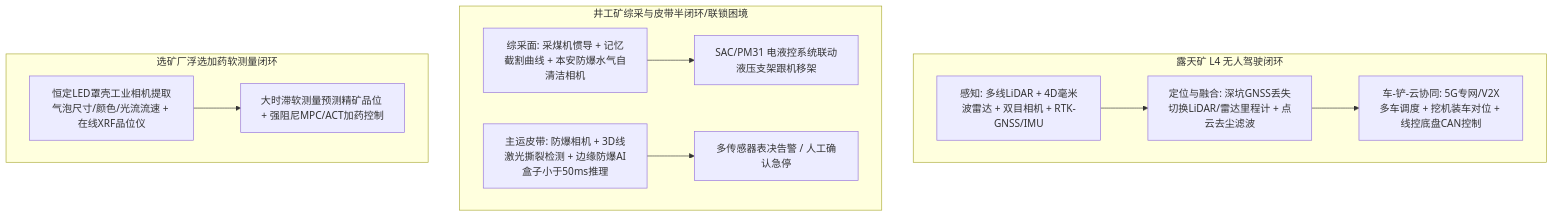
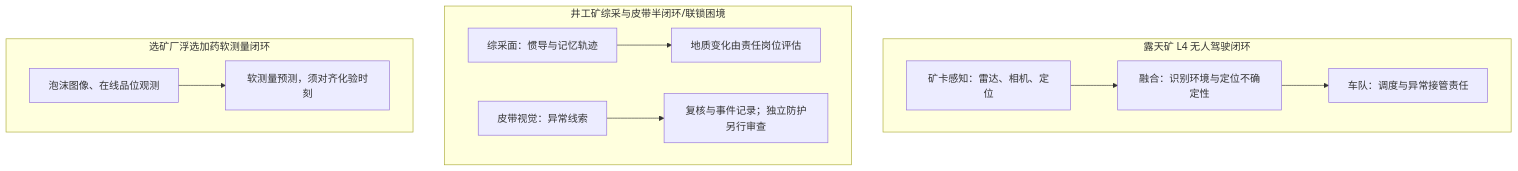
One commit to fangd123/knowledge-wiki changed the second of 2 diagrams in content/算力与产业研究/实体产业AI应用深度调研/01-第一产业与资源工程_AI_应用深度调研：技术栈、开闭环边界与深水区踩坑尸检.md. Above: the diagram before and after it, drawn with Mermaid. The commit also changed other lines of this file and 26 other files, not shown here.

````diff
--- a/content/算力与产业研究/实体产业AI应用深度调研/01-第一产业与资源工程_AI_应用深度调研：技术栈、开闭环边界与深水区踩坑尸检.md
+++ b/content/算力与产业研究/实体产业AI应用深度调研/01-第一产业与资源工程_AI_应用深度调研：技术栈、开闭环边界与深水区踩坑尸检.md
@@ -209,14 +203,14 @@
 ```mermaid
 flowchart TB
     subgraph OpenPit["露天矿 L4 无人驾驶闭环"]
-        OP1["感知: 多线LiDAR + 4D毫米波雷达 + 双目相机 + RTK-GNSS/IMU"] --> OP2["定位与融合: 深坑GNSS丢失切换LiDAR/雷达里程计 + 点云去尘滤波"]
-        OP2 --> OP3["车-铲-云协同: 5G专网/V2X多车调度 + 挖机装车对位 + 线控底盘CAN控制"]
+        OP1["矿卡感知：雷达、相机、定位"] --> OP2["融合：识别环境与定位不确定性"]
+        OP2 --> OP3["车队：调度与异常接管责任"]
     end
     subgraph Underground["井工矿综采与皮带半闭环/联锁困境"]
-        UG1["综采面: 采煤机惯导 + 记忆截割曲线 + 本安防爆水气自清洁相机"] --> UG2["SAC/PM31 电液控系统联动液压支架跟机移架"]
-        UG3["主运皮带: 防爆相机 + 3D线激光撕裂检测 + 边缘防爆AI盒子小于50ms推理"] --> UG4["多传感器表决告警 / 人工确认急停"]
+        UG1["综采面：惯导与记忆轨迹"] --> UG2["地质变化由责任岗位评估"]
+        UG3["皮带视觉：异常线索"] --> UG4["复核与事件记录；独立防护另行审查"]
     end
     subgraph Flotation["选矿厂浮选加药软测量闭环"]
-        FL1["恒定LED罩壳工业相机提取气泡尺寸/颜色/光流流速 + 在线XRF品位仪"] --> FL2["大时滞软测量预测精矿品位 + 强阻尼MPC/ACT加药控制"]
+        FL1["泡沫图像、在线品位观测"] --> FL2["软测量预测，须对齐化验时刻"]
     end
 ```
````
